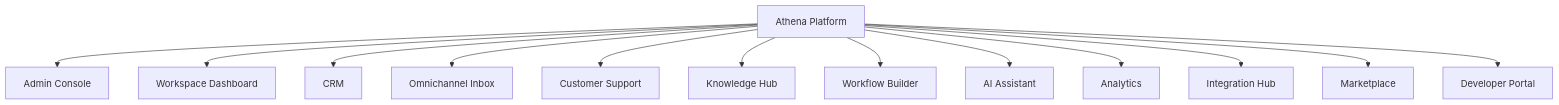
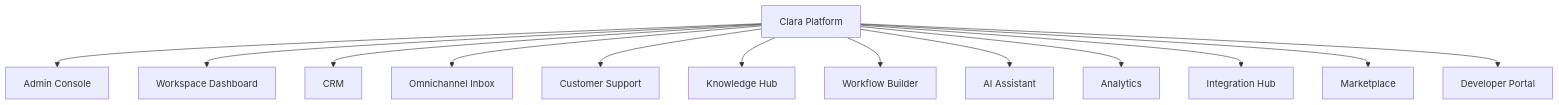
Before and after one commit to VaxXinE/CLARA: the diagram in docs/BOOK-02-Master-Blueprint/PART-01-Platform-Vision/08-Product-Map.md, drawn with Mermaid. The commit also changed other lines of this file and 529 other files, not shown here.

````diff
--- a/docs/BOOK-02-Master-Blueprint/PART-01-Platform-Vision/08-Product-Map.md
+++ b/docs/BOOK-02-Master-Blueprint/PART-01-Platform-Vision/08-Product-Map.md
@@ -52,15 +52,15 @@
 ```mermaid
 flowchart TD
-    Platform[Athena Platform] --> Admin[Admin Console]
+    Platform[Clara Platform] --> Admin[Admin Console]
     Platform --> Dashboard[Workspace Dashboard]
     Platform --> CRM[CRM]
     Platform --> Inbox[Omnichannel Inbox]
     Platform --> Support[Customer Support]
     Platform --> Knowledge[Knowledge Hub]
     Platform --> Workflow[Workflow Builder]
     Platform --> AI[AI Assistant]
     Platform --> Analytics[Analytics]
     Platform --> Integrations[Integration Hub]
     Platform --> Marketplace[Marketplace]
     Platform --> Dev[Developer Portal]
 ```
````
